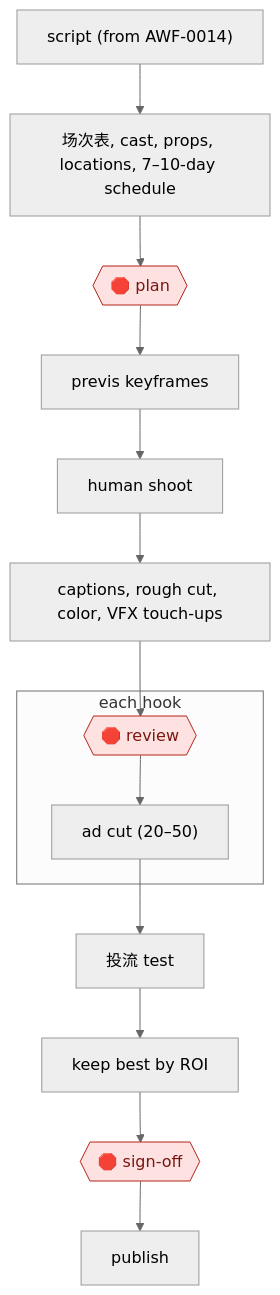
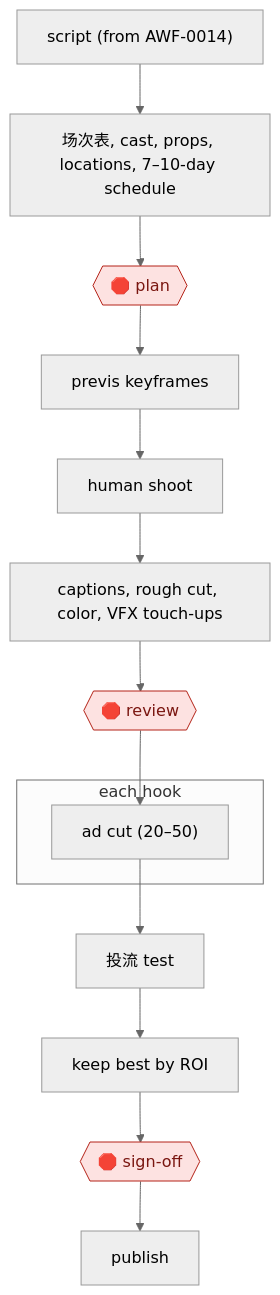
Before and after one commit to milesradford99/agent-workflow-atlas: the diagram in workflows/CRE/MED/SHORTDRAMA/live-action-assist/README.md, drawn with Mermaid (neutral theme). The commit also changed other lines of this file and 171 other files, not shown here.

````diff
--- a/workflows/CRE/MED/SHORTDRAMA/live-action-assist/README.md
+++ b/workflows/CRE/MED/SHORTDRAMA/live-action-assist/README.md
@@ -30,29 +30,29 @@
 ```mermaid
 flowchart TD
   n1["script (from AWF-0014)"]
   n2["场次表, cast, props, locations, 7–10-day schedule"]
-  n1 --> n2
   n3{{"🛑 plan"}}:::stop
-  n2 --> n3
   n4["previs keyframes"]
-  n3 --> n4
   n5["human shoot"]
-  n4 --> n5
   n6["captions, rough cut, color, VFX touch-ups"]
-  n5 --> n6
   n7{{"🛑 review"}}:::stop
-  n6 --> n7
   subgraph s8["each hook"]
   n9["ad cut (20–50)"]
-  n7 --> n9
   end
   n10["投流 test"]
+  n11["keep best by ROI"]
+  n12{{"🛑 sign-off"}}:::stop
+  n13["publish"]
+  n1 --> n2
+  n2 --> n3
+  n3 --> n4
+  n4 --> n5
+  n5 --> n6
+  n6 --> n7
+  n7 --> n9
   n9 --> n10
-  n11["keep best by ROI"]
   n10 --> n11
-  n12{{"🛑 sign-off"}}:::stop
   n11 --> n12
-  n13["publish"]
   n12 --> n13
   classDef stop fill:#fde2e1,stroke:#b42318,color:#7a1610
 ```
````
